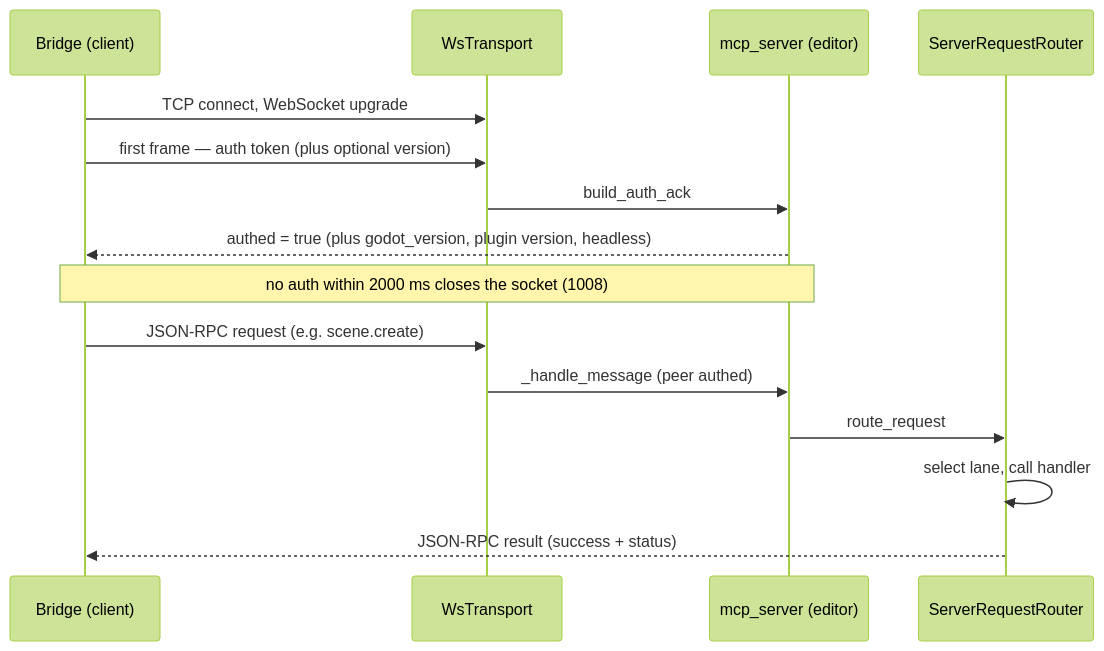
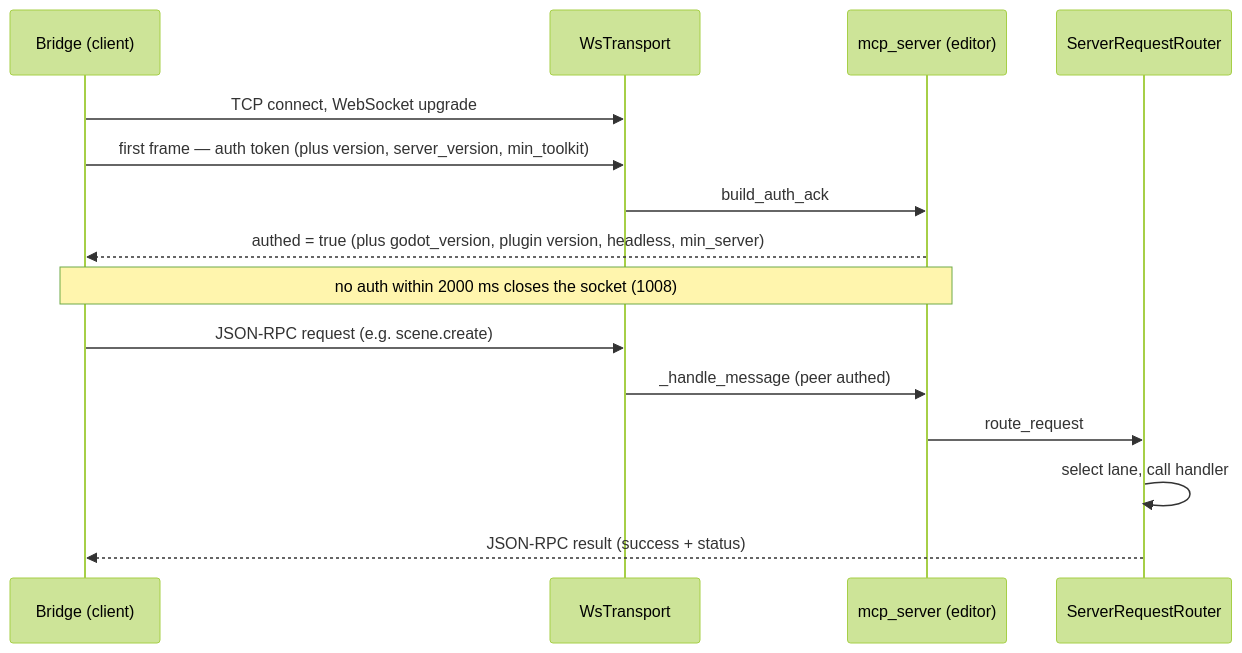
The third of 13 diagrams in docs/architecture/README.md (NPGameDev/godot-mcp-toolkit), drawn with Mermaid (forest theme) before and after one commit. The commit also changed other lines of this file and 14 other files, not shown here.

First line of the commit message:
feat(plugin): judge server compatibility by its declared floor

````diff
--- a/docs/architecture/README.md
+++ b/docs/architecture/README.md
@@ -215,17 +215,17 @@
 ```mermaid
 sequenceDiagram
     participant C as Bridge (client)
     participant T as WsTransport
     participant S as mcp_server (editor)
     participant R as ServerRequestRouter
     C->>T: TCP connect, WebSocket upgrade
-    C->>T: first frame — auth token (plus optional version)
+    C->>T: first frame — auth token (plus version, server_version, min_toolkit)
     T->>S: build_auth_ack
-    S-->>C: authed = true (plus godot_version, plugin version, headless)
+    S-->>C: authed = true (plus godot_version, plugin version, headless, min_server)
     Note over C,S: no auth within 2000 ms closes the socket (1008)
     C->>T: JSON-RPC request (e.g. scene.create)
     T->>S: _handle_message (peer authed)
     S->>R: route_request
     R->>R: select lane, call handler
     R-->>C: JSON-RPC result (success + status)
 ```
````
